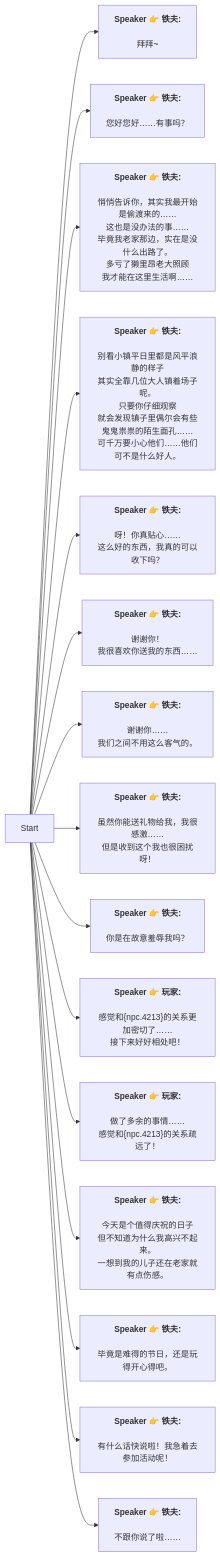
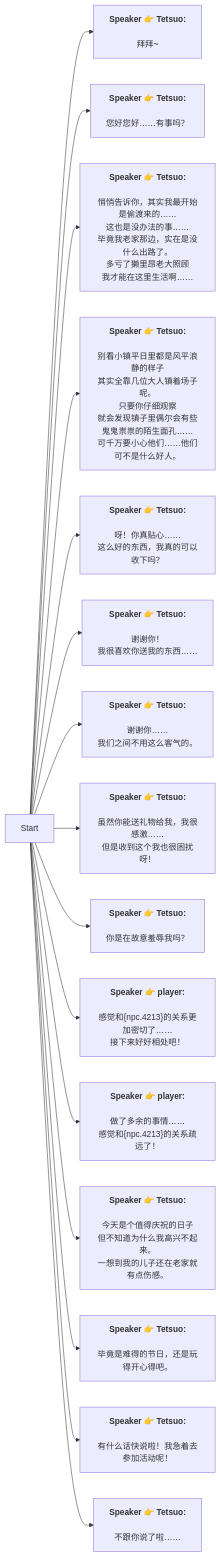
The diagram in Zh/Tetsuo.md (SoftHu/tos_avg), drawn with Mermaid before and after one commit. The commit also changed 737 other files, not shown here.

````diff
--- a/Zh/Tetsuo.md
+++ b/Zh/Tetsuo.md
@@ -1,65 +1,46 @@
 ```mermaid
 graph LR
-Start -->1727647053384795[<b>Speaker 👉 铁夫:</b>
-
-拜拜~]
-Start -->1727647127117917[<b>Speaker 👉 铁夫:</b>
-
-您好您好……有事吗？]
-Start -->1727647155424351[<b>Speaker 👉 铁夫:</b>
-
-悄悄告诉你，其实我最开始是偷渡来的……
-这也是没办法的事……
-毕竟我老家那边，实在是没什么出路了。
-多亏了獭里昂老大照顾
+Start -->1727647053384795[<b>Speaker 👉 Tetsuo:</b>
+\n拜拜~]
+Start -->1727647127117917[<b>Speaker 👉 Tetsuo:</b>
+\n您好您好……有事吗？]
+Start -->1727647155424351[<b>Speaker 👉 Tetsuo:</b>
+\n悄悄告诉你，其实我最开始是偷渡来的……\n这也是没办法的事……
+毕竟我老家那边，实在是没什么出路了。\n多亏了獭里昂老大照顾
 我才能在这里生活啊……]
-Start -->1727647155424353[<b>Speaker 👉 铁夫:</b>
-
-别看小镇平日里都是风平浪静的样子
-其实全靠几位大人镇着场子呢。
-只要你仔细观察
-就会发现镇子里偶尔会有些鬼鬼祟祟的陌生面孔……
-可千万要小心他们……他们可不是什么好人。]
-Start -->1727647236932707[<b>Speaker 👉 铁夫:</b>
-
-呀！你真贴心……
+Start -->1727647155424353[<b>Speaker 👉 Tetsuo:</b>
+\n别看小镇平日里都是风平浪静的样子
+其实全靠几位大人镇着场子呢。\n只要你仔细观察
+就会发现镇子里偶尔会有些鬼鬼祟祟的陌生面孔……\n可千万要小心他们……他们可不是什么好人。]
+Start -->1727647236932707[<b>Speaker 👉 Tetsuo:</b>
+\n呀！你真贴心……
 这么好的东西，我真的可以收下吗？]
-Start -->1727647236932709[<b>Speaker 👉 铁夫:</b>
-
-谢谢你！
+Start -->1727647236932709[<b>Speaker 👉 Tetsuo:</b>
+\n谢谢你！
 我很喜欢你送我的东西……]
-Start -->1727647236932711[<b>Speaker 👉 铁夫:</b>
-
-谢谢你……
+Start -->1727647236932711[<b>Speaker 👉 Tetsuo:</b>
+\n谢谢你……
 我们之间不用这么客气的。]
-Start -->1727647236933737[<b>Speaker 👉 铁夫:</b>
-
-虽然你能送礼物给我，我很感激……
+Start -->1727647236933737[<b>Speaker 👉 Tetsuo:</b>
+\n虽然你能送礼物给我，我很感激……
 但是收到这个我也很困扰呀！]
-Start -->1727647236933739[<b>Speaker 👉 铁夫:</b>
-
-你是在故意羞辱我吗？]
-Start -->1727647236933741[<b>Speaker 👉 玩家:</b>
-
-感觉和&lbrace;npc.4213&rbrace;的关系更加密切了……
+Start -->1727647236933739[<b>Speaker 👉 Tetsuo:</b>
+\n你是在故意羞辱我吗？]
+Start -->1727647236933741[<b>Speaker 👉 player:</b>
+\n感觉和&lbrace;npc.4213&rbrace;的关系更加密切了……
 接下来好好相处吧！]
-Start -->1727647236933743[<b>Speaker 👉 玩家:</b>
-
-做了多余的事情……
+Start -->1727647236933743[<b>Speaker 👉 player:</b>
+\n做了多余的事情……
 感觉和&lbrace;npc.4213&rbrace;的关系疏远了！]
-Start -->1753055474016069[<b>Speaker 👉 铁夫:</b>
-
-今天是个值得庆祝的日子
+Start -->1753055474016069[<b>Speaker 👉 Tetsuo:</b>
+\n今天是个值得庆祝的日子
 但不知道为什么我高兴不起来。
 一想到我的儿子还在老家就有点伤感。]
-Start -->1753055480212294[<b>Speaker 👉 铁夫:</b>
+Start -->1753055480212294[<b>Speaker 👉 Tetsuo:</b>
+\n毕竟是难得的节日，还是玩得开心得吧。]
+Start -->1758257068134002[<b>Speaker 👉 Tetsuo:</b>
+\n有什么话快说啦！我急着去参加活动呢！]
+Start -->1758257158766196[<b>Speaker 👉 Tetsuo:</b>
+\n不跟你说了啦……]
 
-毕竟是难得的节日，还是玩得开心得吧。]
-Start -->1758257068134002[<b>Speaker 👉 铁夫:</b>
-
-有什么话快说啦！我急着去参加活动呢！]
-Start -->1758257158766196[<b>Speaker 👉 铁夫:</b>
-
-不跟你说了啦……]
-
- ```
+```
````
